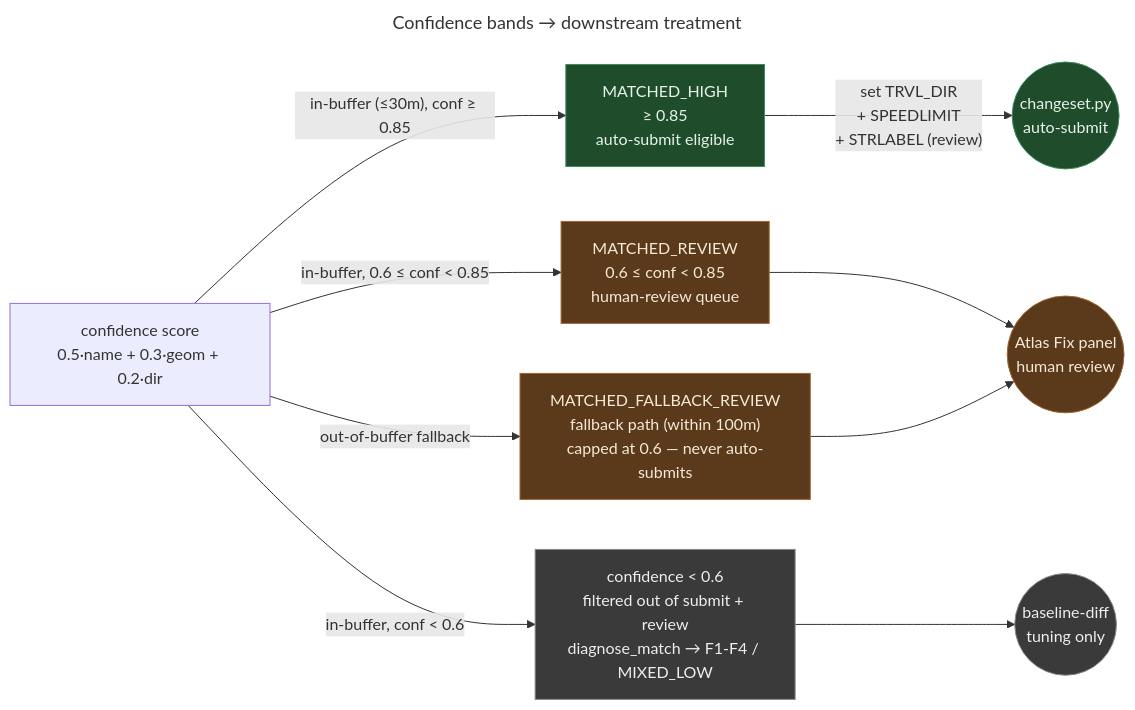
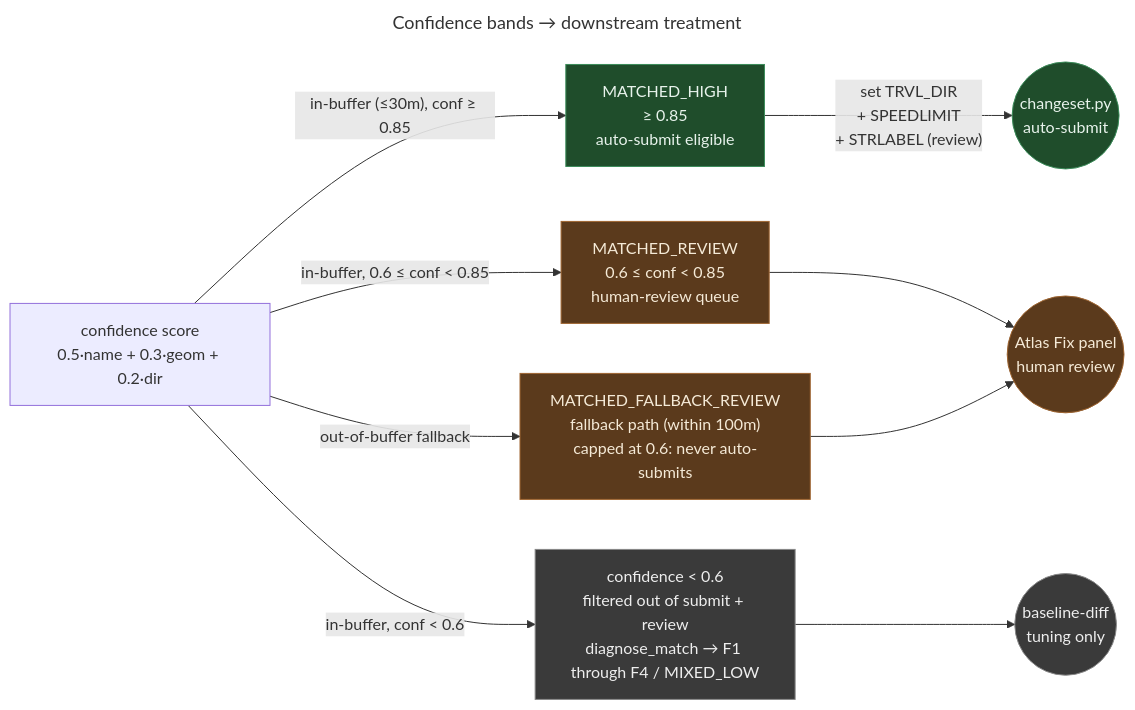
The fourth of 5 diagrams in README.md (AICincy/MetroNow), drawn with Mermaid before and after one commit. The commit also changed other lines of this file and 1 other file, not shown here.

````diff
--- a/README.md
+++ b/README.md
@@ -194,29 +194,29 @@
 ```mermaid
 ---
 title: Confidence bands → downstream treatment
 ---
 flowchart LR
     Score["confidence score<br/>0.5·name + 0.3·geom + 0.2·dir"]
 
     HIGH["MATCHED_HIGH<br/>≥ 0.85<br/>auto-submit eligible"]
     REVIEW["MATCHED_REVIEW<br/>0.6 ≤ conf < 0.85<br/>human-review queue"]
-    LOW["confidence &lt; 0.6<br/>filtered out of submit + review<br/>diagnose_match → F1-F4 / MIXED_LOW"]
-    FALLBACK["MATCHED_FALLBACK_REVIEW<br/>fallback path (within 100m)<br/>capped at 0.6 — never auto-submits"]
+    LOW["confidence &lt; 0.6<br/>filtered out of submit + review<br/>diagnose_match → F1 through F4 / MIXED_LOW"]
+    FALLBACK["MATCHED_FALLBACK_REVIEW<br/>fallback path (within 100m)<br/>capped at 0.6: never auto-submits"]
 
     Score -- "in-buffer (≤30m), conf ≥ 0.85" --> HIGH
     Score -- "in-buffer, 0.6 ≤ conf < 0.85" --> REVIEW
     Score -- "in-buffer, conf < 0.6" --> LOW
     Score -- "out-of-buffer fallback" --> FALLBACK
 
     HIGH -- "set TRVL_DIR<br/>+ SPEEDLIMIT<br/>+ STRLABEL (review)" --> Submit(("changeset.py<br/>auto-submit"))
     REVIEW --> Triage(("Atlas Fix panel<br/>human review"))
     FALLBACK --> Triage
     LOW --> Diagnostic(("baseline-diff<br/>tuning only"))
 
     classDef safe fill:#1f4d2b,stroke:#3b8c5a,color:#e8f3ec
     classDef judgment fill:#5b3a1c,stroke:#a06632,color:#f5ead7
     classDef gate fill:#3a3a3a,stroke:#888,color:#eee
     class HIGH,Submit safe
     class REVIEW,FALLBACK,Triage judgment
     class LOW,Diagnostic gate
 ```
````
